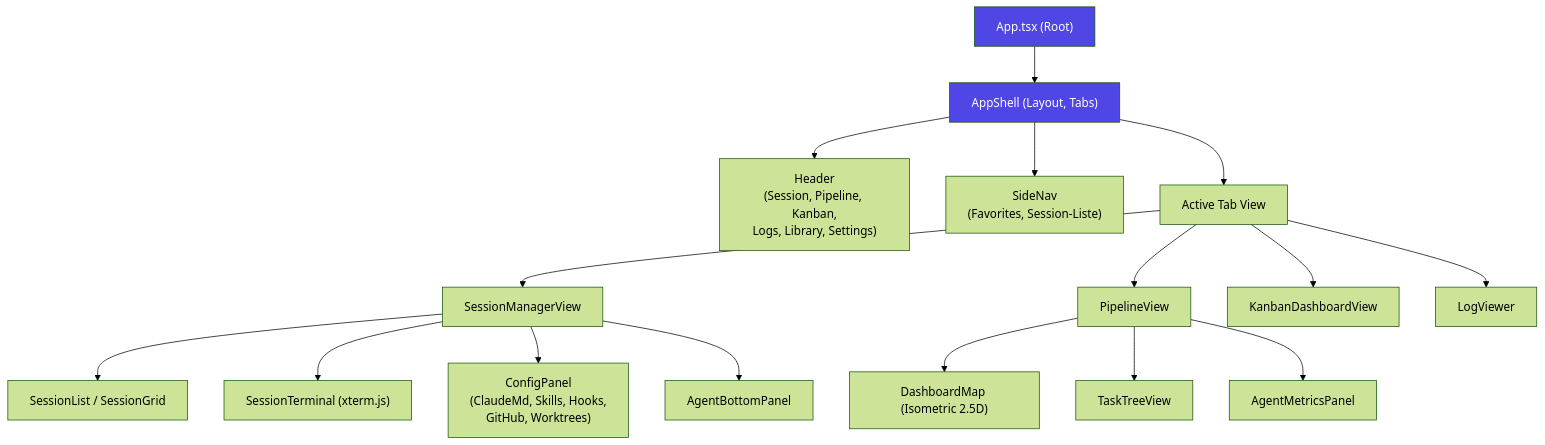
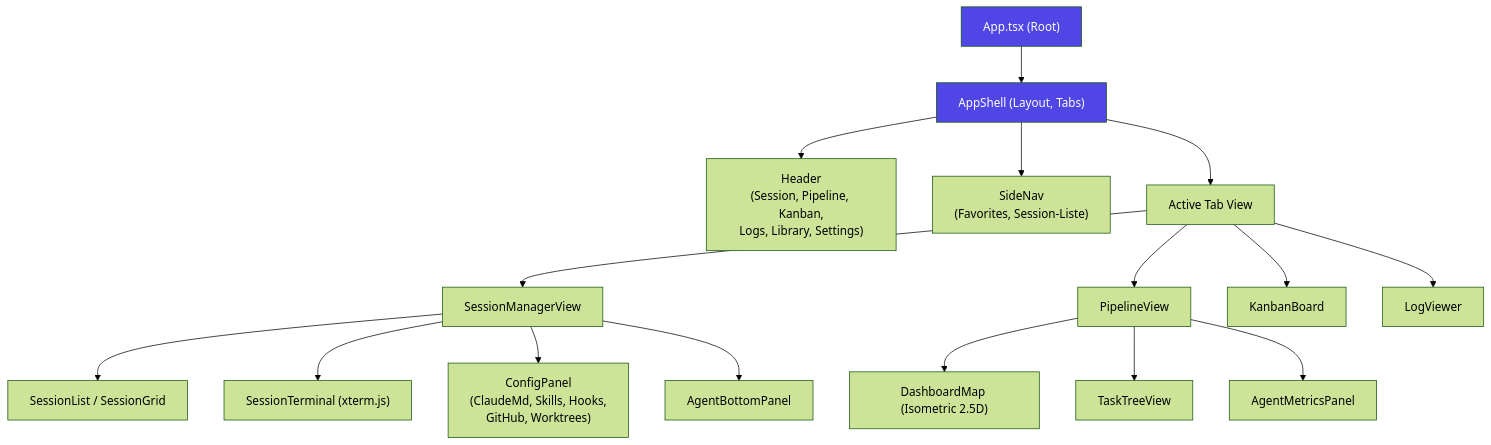
The eighth of 24 diagrams in Softwareprozess/arc42-specification.md (ARO-LABS/smashq), drawn with Mermaid (forest theme) before and after one commit. The commit also changed other lines of this file and 3 other files, not shown here.

First line of the commit message:
docs(kanban): single-board model — CHANGELOG/todo/lessons/arc42

````diff
--- a/Softwareprozess/arc42-specification.md
+++ b/Softwareprozess/arc42-specification.md
@@ -359,27 +359,27 @@
 ```mermaid
 graph TD
     App["App.tsx (Root)"]
     Shell["AppShell (Layout, Tabs)"]
 
     App --> Shell
     Shell --> Header["Header<br/>(Session, Pipeline, Kanban,<br/>Logs, Library, Settings)"]
     Shell --> SideNav["SideNav<br/>(Favorites, Session-Liste)"]
     Shell --> Content["Active Tab View"]
 
     Content --> SessionMgr["SessionManagerView"]
     Content --> PipelineView["PipelineView"]
-    Content --> KanbanView["KanbanDashboardView"]
+    Content --> KanbanView["KanbanBoard"]
     Content --> LogView["LogViewer"]
 
     SessionMgr --> SessionList["SessionList / SessionGrid"]
     SessionMgr --> Terminal["SessionTerminal (xterm.js)"]
     SessionMgr --> ConfigPanel["ConfigPanel<br/>(ClaudeMd, Skills, Hooks,<br/>GitHub, Worktrees)"]
     SessionMgr --> BottomPanel["AgentBottomPanel"]
 
     PipelineView --> Dashboard["DashboardMap (Isometric 2.5D)"]
     PipelineView --> TaskTree["TaskTreeView"]
     PipelineView --> Metrics["AgentMetricsPanel"]
 
     style App fill:#4f46e5,color:#fff
     style Shell fill:#4f46e5,color:#fff
 ```
````
